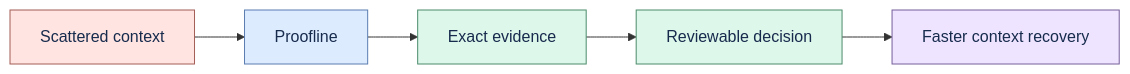
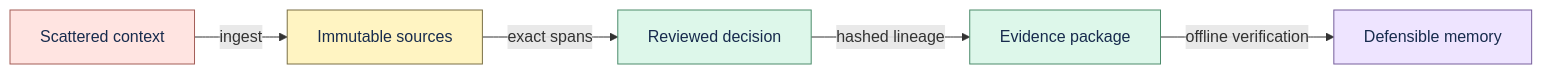
Before and after one commit to thangldw/proofline: the diagram in docs/product-brief.md, drawn with Mermaid. The commit also changed other lines of this file and 29 other files, not shown here.

````diff
--- a/docs/product-brief.md
+++ b/docs/product-brief.md
@@ -20,16 +26,16 @@
 ```mermaid
 flowchart LR
-    C["Scattered context"] --> P["Proofline"]
-    P --> E["Exact evidence"]
-    E --> D["Reviewable decision"]
-    D --> O["Faster context recovery"]
+    C["Scattered context"] -->|ingest| S["Immutable sources"]
+    S -->|exact spans| D["Reviewed decision"]
+    D -->|hashed lineage| P["Evidence package"]
+    P -->|offline verification| O["Defensible memory"]
 
     classDef problem fill:#FFE4E1,stroke:#A35D57,color:#172B4D;
-    classDef product fill:#DDEBFF,stroke:#5B7DB1,color:#172B4D;
+    classDef source fill:#FFF4C2,stroke:#7A6F45,color:#172B4D;
     classDef evidence fill:#DDF7EA,stroke:#4C8B6B,color:#172B4D;
     classDef outcome fill:#EEE4FF,stroke:#765E9C,color:#172B4D;
     class C problem;
-    class P product;
-    class E,D evidence;
+    class S source;
+    class D,P evidence;
     class O outcome;
 ```
````
